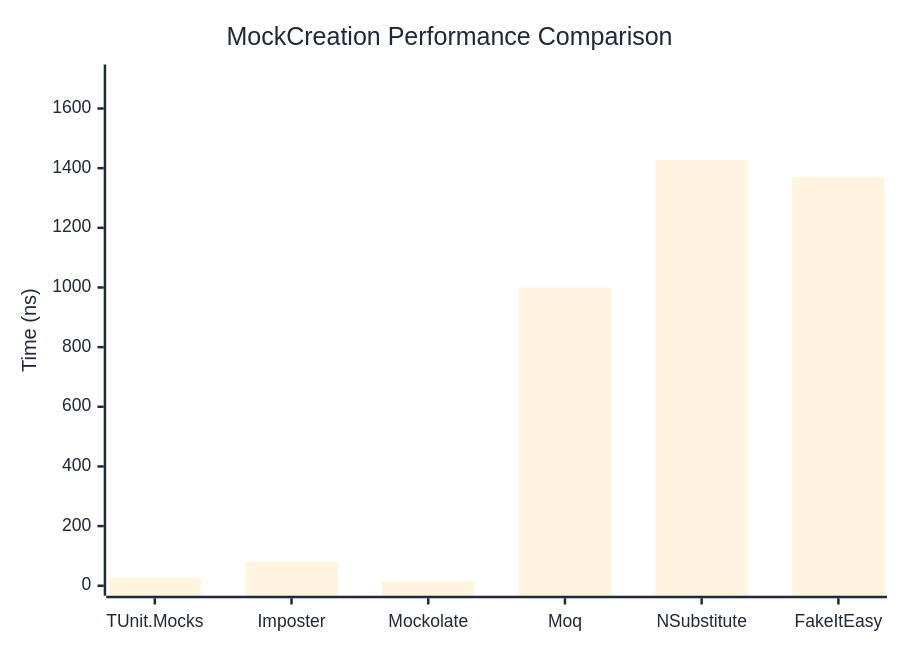
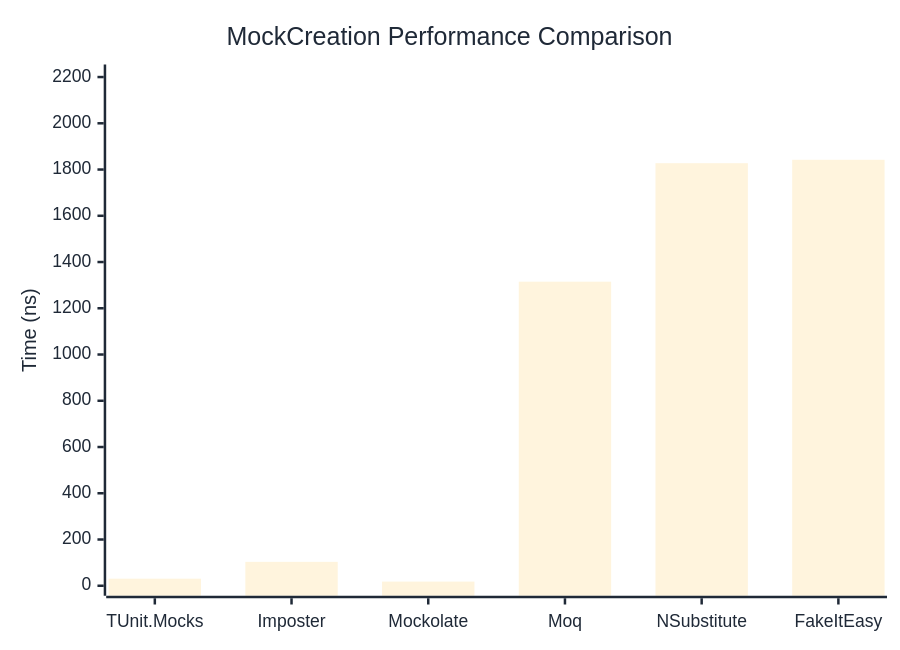
One commit to thomhurst/TUnit changed the first of 2 diagrams in docs/docs/benchmarks/mocks/MockCreation.md. Above: the diagram before and after it, drawn with Mermaid. The commit also changed other lines of this file and 14 other files, not shown here.

````diff
--- a/docs/docs/benchmarks/mocks/MockCreation.md
+++ b/docs/docs/benchmarks/mocks/MockCreation.md
@@ -30,27 +30,27 @@
 ```mermaid
 %%{init: {
   'theme':'base',
   'themeVariables': {
     'primaryColor': '#2563eb',
     'primaryTextColor': '#1f2937',
     'primaryBorderColor': '#1e40af',
     'lineColor': '#6b7280',
     'secondaryColor': '#7c3aed',
     'tertiaryColor': '#dc2626',
     'background': '#ffffff',
     'pie1': '#2563eb',
     'pie2': '#7c3aed',
     'pie3': '#dc2626',
     'pie4': '#f59e0b',
     'pie5': '#10b981',
     'pie6': '#06b6d4',
     'pie7': '#ec4899',
     'pie8': '#6366f1'
   }
 }}%%
 xychart-beta
   title "MockCreation Performance Comparison"
   x-axis ["TUnit.Mocks", "Imposter", "Mockolate", "Moq", "NSubstitute", "FakeItEasy"]
-  y-axis "Time (ns)" 0 --> 1714
-  bar [25.97, 79.1, 15.38, 999.47, 1428.16, 1369.49]
+  y-axis "Time (ns)" 0 --> 2211
+  bar [30.56, 103.34, 17.99, 1314.97, 1827.51, 1842.15]
 ```
````
